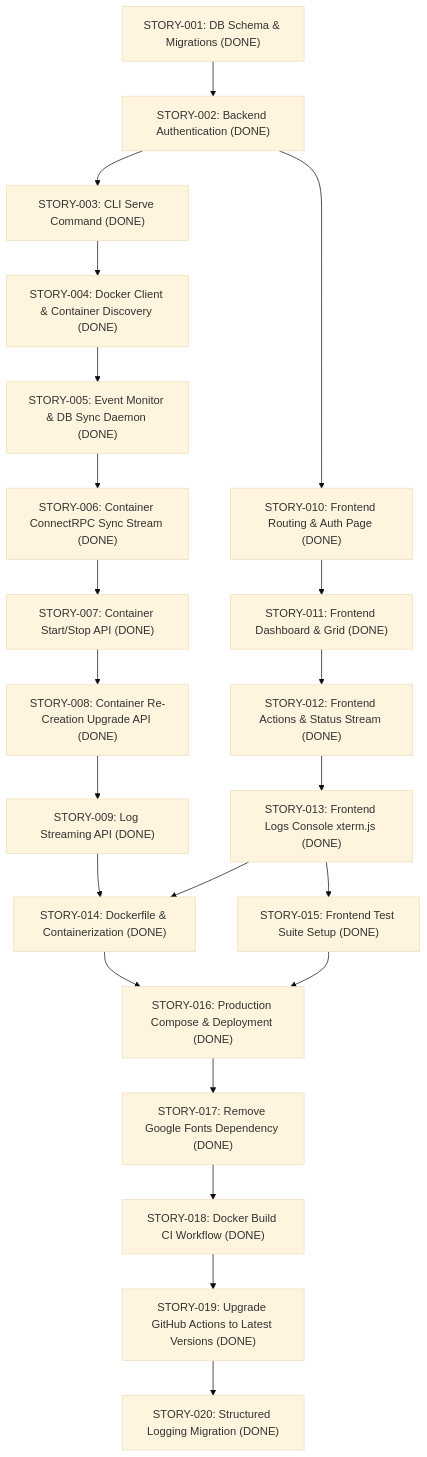
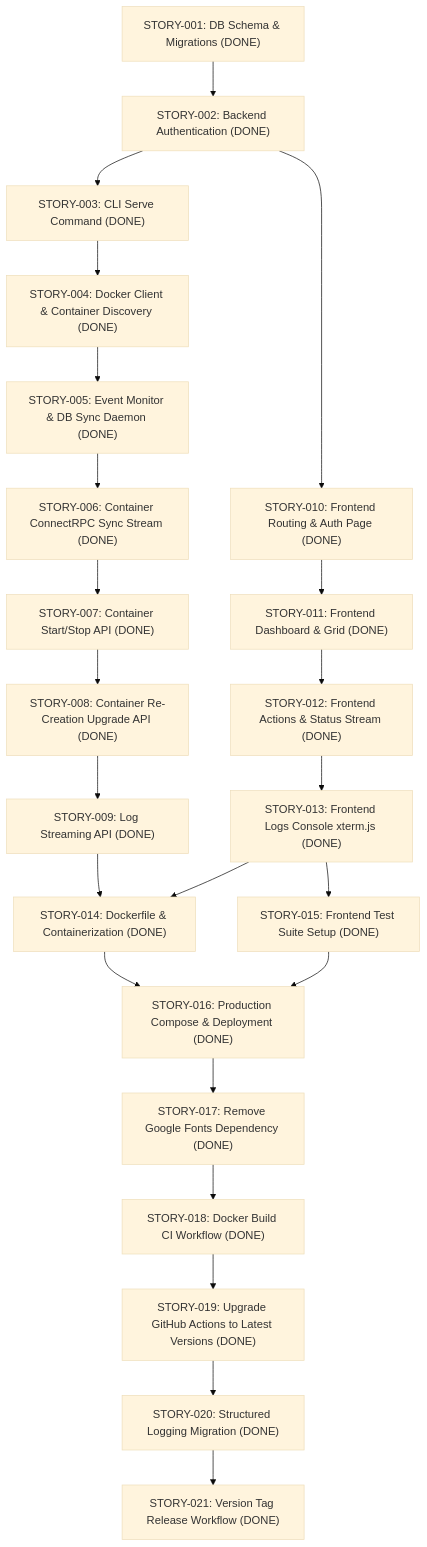
The diagram in docs/stories.md (noosxe/dmanager), drawn with Mermaid (base theme) before and after one commit. The commit also changed other lines of this file and 3 other files, not shown here.

````diff
--- a/docs/stories.md
+++ b/docs/stories.md
@@ -5,24 +5,25 @@
 ```mermaid
 graph TD
     S1["STORY-001: DB Schema & Migrations (DONE)"] --> S2["STORY-002: Backend Authentication (DONE)"]
     S2 --> S3["STORY-003: CLI Serve Command (DONE)"]
     S3 --> S4["STORY-004: Docker Client & Container Discovery (DONE)"]
     S4 --> S5["STORY-005: Event Monitor & DB Sync Daemon (DONE)"]
     S5 --> S6["STORY-006: Container ConnectRPC Sync Stream (DONE)"]
     S6 --> S7["STORY-007: Container Start/Stop API (DONE)"]
     S7 --> S8["STORY-008: Container Re-Creation Upgrade API (DONE)"]
     S8 --> S9["STORY-009: Log Streaming API (DONE)"]
     S2 --> F1["STORY-010: Frontend Routing & Auth Page (DONE)"]
     F1 --> F2["STORY-011: Frontend Dashboard & Grid (DONE)"]
     F2 --> F3["STORY-012: Frontend Actions & Status Stream (DONE)"]
     F3 --> F4["STORY-013: Frontend Logs Console xterm.js (DONE)"]
     S9 --> S14["STORY-014: Dockerfile & Containerization (DONE)"]
     F4 --> S14
     F4 --> F5["STORY-015: Frontend Test Suite Setup (DONE)"]
     S14 --> S16["STORY-016: Production Compose & Deployment (DONE)"]
     F5 --> S16
     S16 --> F17["STORY-017: Remove Google Fonts Dependency (DONE)"]
     F17 --> S18["STORY-018: Docker Build CI Workflow (DONE)"]
     S18 --> S19["STORY-019: Upgrade GitHub Actions to Latest Versions (DONE)"]
     S19 --> S20["STORY-020: Structured Logging Migration (DONE)"]
+    S20 --> S21["STORY-021: Version Tag Release Workflow (DONE)"]
 ```
````
